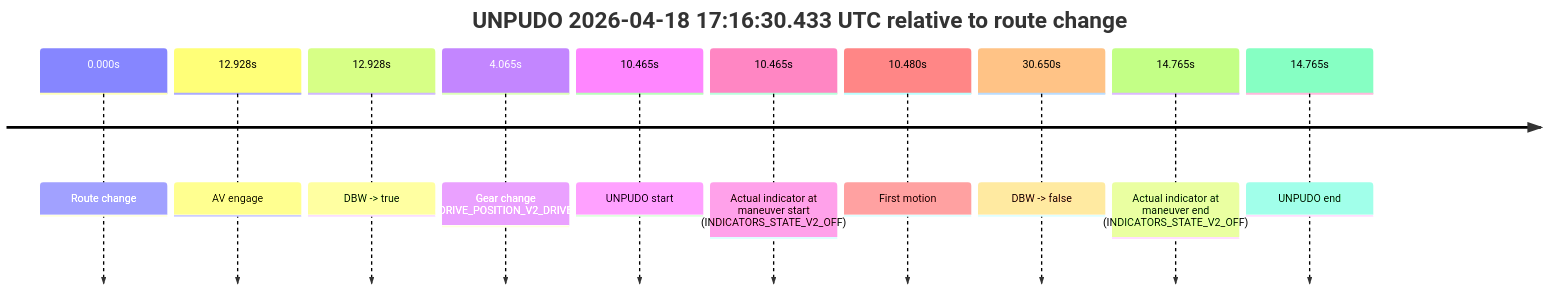
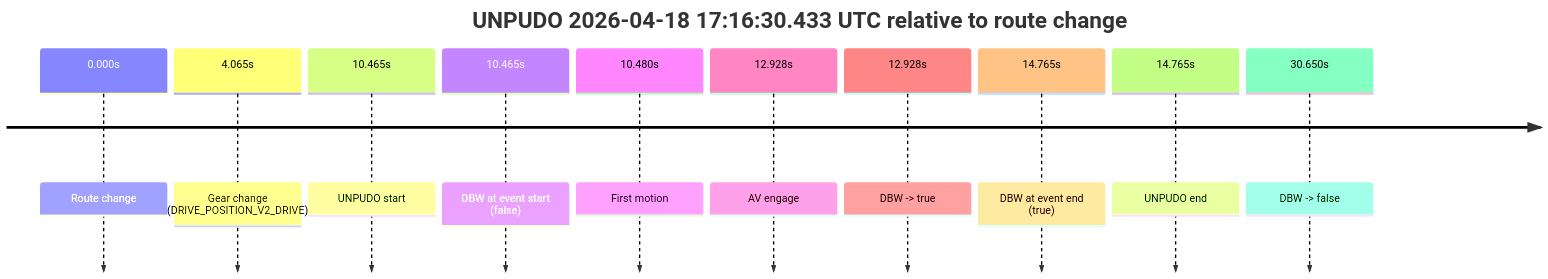
The third of 5 diagrams in model_analysis/report_cards/2026/04/Week-3/fme20031--2026-04-18--16-34-58--gen2-av-e3ddc9a0-8262-4c49-8188-a601fd722cbf.md (yoelshapiro/vault), drawn with Mermaid before and after one commit. The commit also changed other lines of this file and 32 other files, not shown here.

````diff
--- a/model_analysis/report_cards/2026/04/Week-3/fme20031--2026-04-18--16-34-58--gen2-av-e3ddc9a0-8262-4c49-8188-a601fd722cbf.md
+++ b/model_analysis/report_cards/2026/04/Week-3/fme20031--2026-04-18--16-34-58--gen2-av-e3ddc9a0-8262-4c49-8188-a601fd722cbf.md
@@ -215,14 +221,14 @@
 ```mermaid
 timeline
     title UNPUDO 2026-04-18 17:16:30.433 UTC relative to route change
     0.000s : Route change
+    4.065s : Gear change (DRIVE_POSITION_V2_DRIVE)
+    10.465s : UNPUDO start
+    10.465s : DBW at event start (false)
+    10.480s : First motion
     12.928s : AV engage
     12.928s : DBW -> true
-    4.065s : Gear change (DRIVE_POSITION_V2_DRIVE)
-    10.465s : UNPUDO start
-    10.465s : Actual indicator at maneuver start (INDICATORS_STATE_V2_OFF)
-    10.480s : First motion
+    14.765s : DBW at event end (true)
+    14.765s : UNPUDO end
     30.650s : DBW -> false
-    14.765s : Actual indicator at maneuver end (INDICATORS_STATE_V2_OFF)
-    14.765s : UNPUDO end
 ```
````
